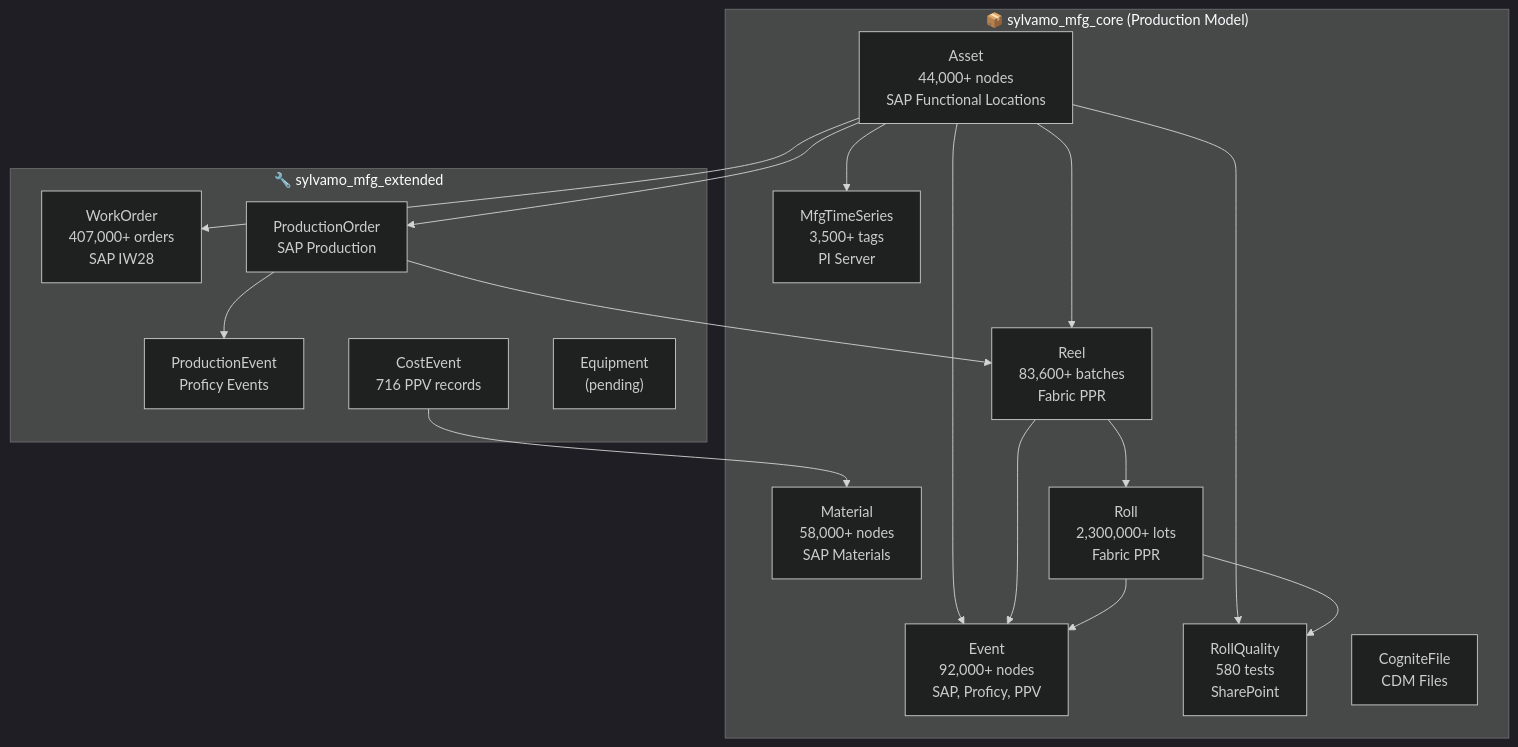
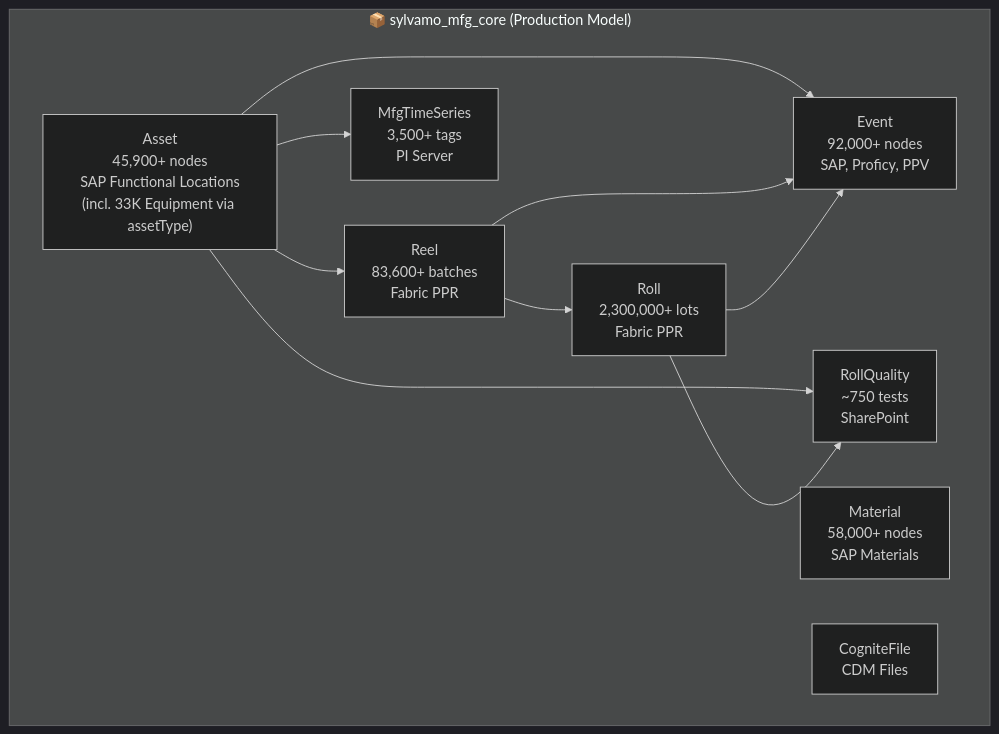
Before and after one commit to fbarsoba-cognite/sylvamo-project-documentation: the second of 3 diagrams in README.md, drawn with Mermaid (dark theme). The commit also changed other lines of this file and 43 other files, not shown here.

````diff
--- a/README.md
+++ b/README.md
@@ -228,36 +139,22 @@
 ```mermaid
 flowchart TB
     subgraph Core["📦 sylvamo_mfg_core (Production Model)"]
-        Asset["Asset<br/>44,000+ nodes<br/>SAP Functional Locations"]
+        Asset["Asset<br/>45,900+ nodes<br/>SAP Functional Locations<br/>(incl. 33K Equipment via assetType)"]
         Event["Event<br/>92,000+ nodes<br/>SAP, Proficy, PPV"]
         Material["Material<br/>58,000+ nodes<br/>SAP Materials"]
         MfgTimeSeries["MfgTimeSeries<br/>3,500+ tags<br/>PI Server"]
         Reel["Reel<br/>83,600+ batches<br/>Fabric PPR"]
         Roll["Roll<br/>2,300,000+ lots<br/>Fabric PPR"]
-        RollQuality["RollQuality<br/>580 tests<br/>SharePoint"]
+        RollQuality["RollQuality<br/>~750 tests<br/>SharePoint"]
         CogniteFile["CogniteFile<br/>CDM Files"]
-    end
-
-    subgraph Extended["🔧 sylvamo_mfg_extended"]
-        WorkOrder["WorkOrder<br/>407,000+ orders<br/>SAP IW28"]
-        ProductionOrder["ProductionOrder<br/>SAP Production"]
-        ProductionEvent["ProductionEvent<br/>Proficy Events"]
-        CostEvent["CostEvent<br/>716 PPV records"]
-        Equipment["Equipment<br/>(pending)"]
     end
 
     Asset --> Reel
     Asset --> Event
     Asset --> MfgTimeSeries
     Asset --> RollQuality
     Reel --> Roll
     Roll --> RollQuality
     Reel --> Event
     Roll --> Event
-
-    Asset --> WorkOrder
-    Asset --> ProductionOrder
-    ProductionOrder --> ProductionEvent
-    ProductionOrder --> Reel
-    CostEvent --> Material
 ```
````
